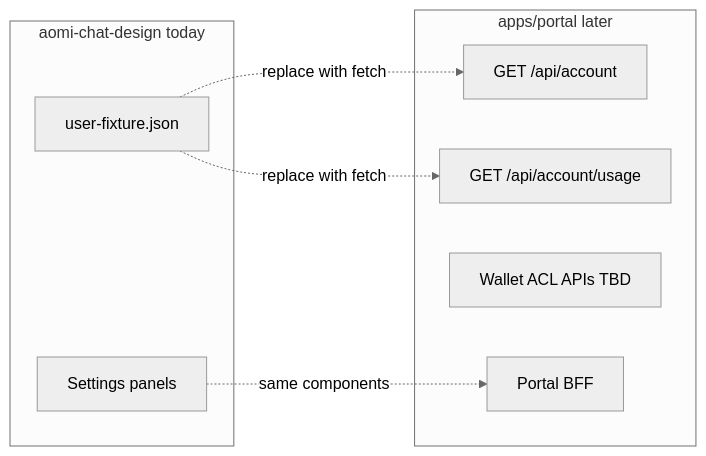
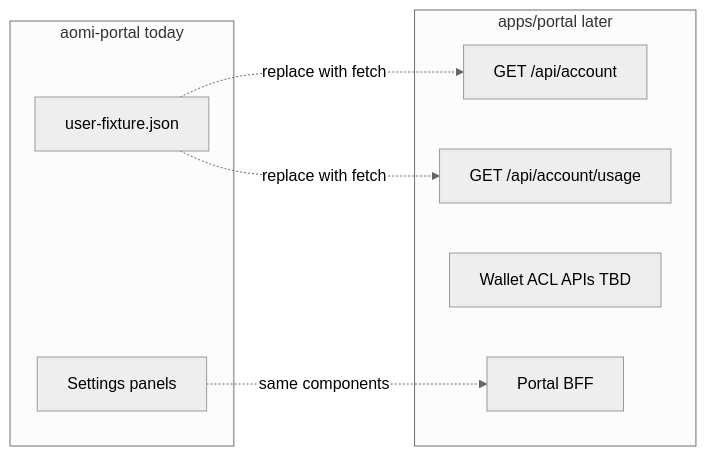
Diagram 11 of 11 in MERGE-PLAN.md (aomi-labs/aomi-portal), drawn with Mermaid (neutral theme) before and after one commit. The commit also changed other lines of this file and 7 other files, not shown here.

First line of the commit message:
Rename project to aomi-portal and refresh README.

````diff
--- a/MERGE-PLAN.md
+++ b/MERGE-PLAN.md
@@ -924,17 +924,17 @@
 ```mermaid
 flowchart LR
-  subgraph mock [aomi-chat-design today]
+  subgraph mock [aomi-portal today]
     UF2["user-fixture.json"]
     Panels["Settings panels"]
   end
 
   subgraph live [apps/portal later]
     API1["GET /api/account"]
     API2["GET /api/account/usage"]
     API3["Wallet ACL APIs TBD"]
     BFF["Portal BFF"]
   end
 
   UF2 -.->|"replace with fetch"| API1 & API2
   Panels -.->|"same components"| BFF
 ```
````
